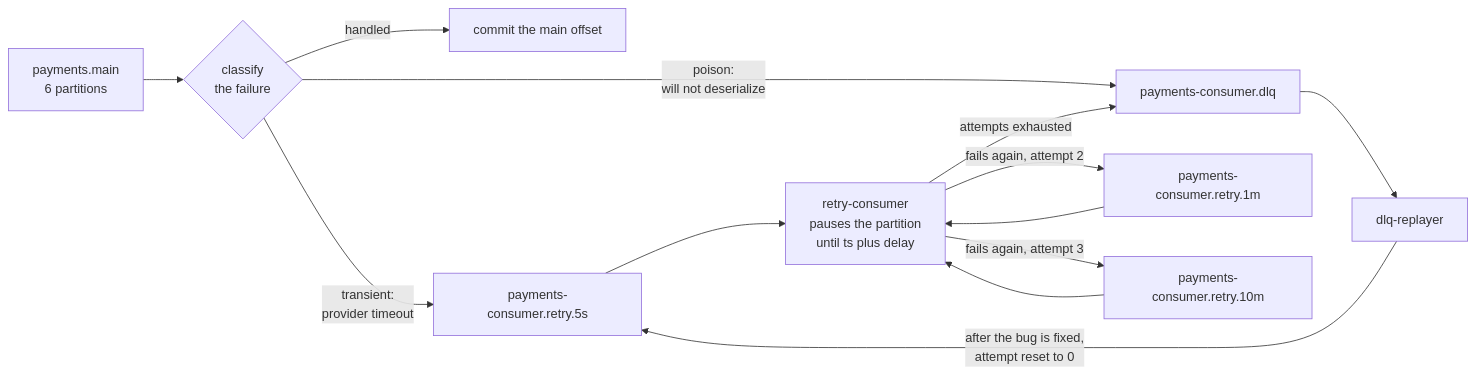
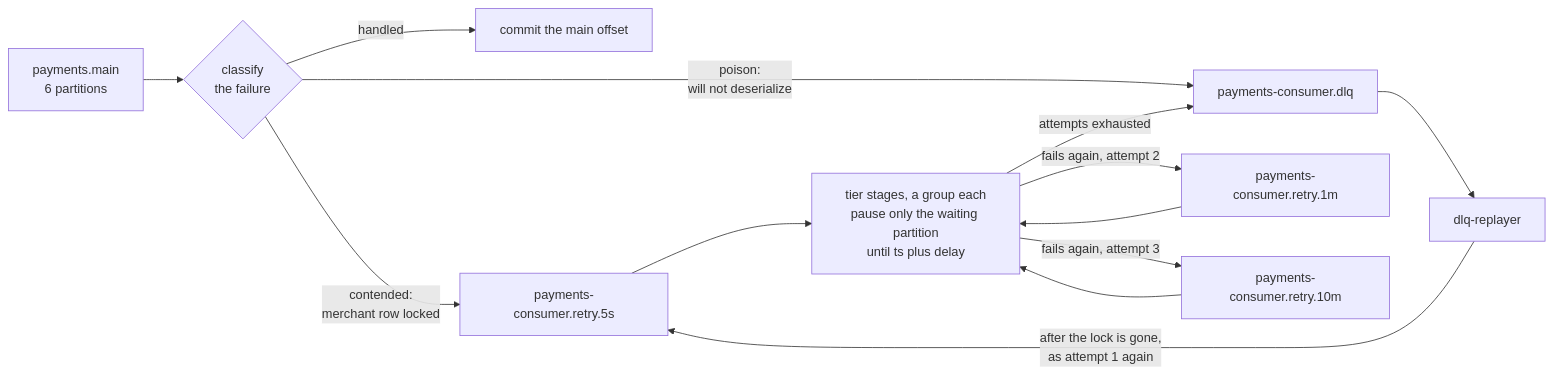
One commit to DmytroLysenko1/Kafka-lab changed the second of 3 diagrams in docs/static/07-retry-dlq.md. Above: the diagram before and after it, drawn with Mermaid. The commit also changed other lines of this file and 45 other files, not shown here.

First line of the commit message:
exp-18: move a contended payment aside instead of stopping the partition behind it

````diff
--- a/docs/static/07-retry-dlq.md
+++ b/docs/static/07-retry-dlq.md
@@ -44,18 +44,18 @@
 ```mermaid
 flowchart LR
     M["payments.main<br/>6 partitions"] --> H{"classify<br/>the failure"}
 
     H -->|"handled"| OK["commit the main offset"]
-    H -->|"transient:<br/>provider timeout"| R5["payments-consumer.retry.5s"]
+    H -->|"contended:<br/>merchant row locked"| R5["payments-consumer.retry.5s"]
     H -->|"poison:<br/>will not deserialize"| D["payments-consumer.dlq"]
 
-    R5 --> RC["retry-consumer<br/>pauses the partition<br/>until ts plus delay"]
+    R5 --> RC["tier stages, a group each<br/>pause only the waiting partition<br/>until ts plus delay"]
     RC -->|"fails again, attempt 2"| R1["payments-consumer.retry.1m"]
     R1 --> RC
     RC -->|"fails again, attempt 3"| R10["payments-consumer.retry.10m"]
     R10 --> RC
     RC -->|"attempts exhausted"| D
 
     D --> RP["dlq-replayer"]
-    RP -->|"after the bug is fixed,<br/>attempt reset to 0"| R5
+    RP -->|"after the lock is gone,<br/>as attempt 1 again"| R5
 ```
````
